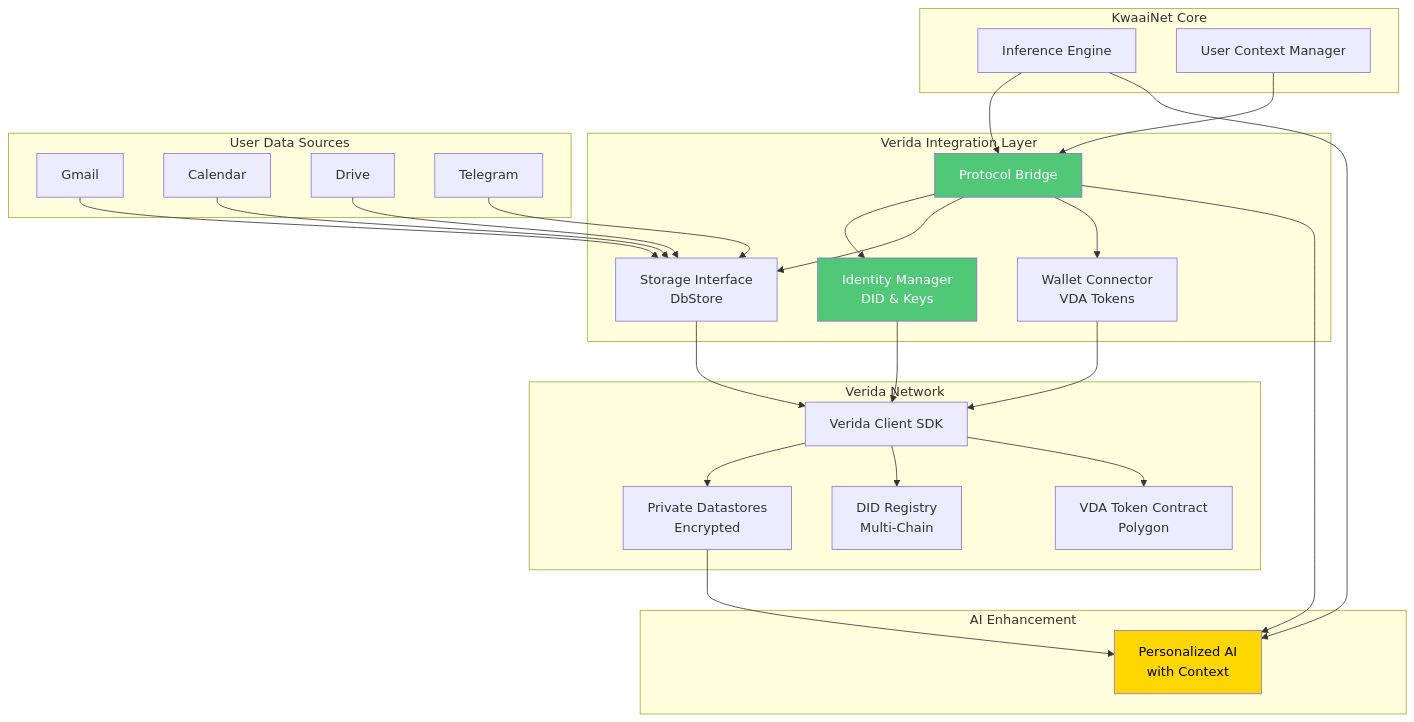
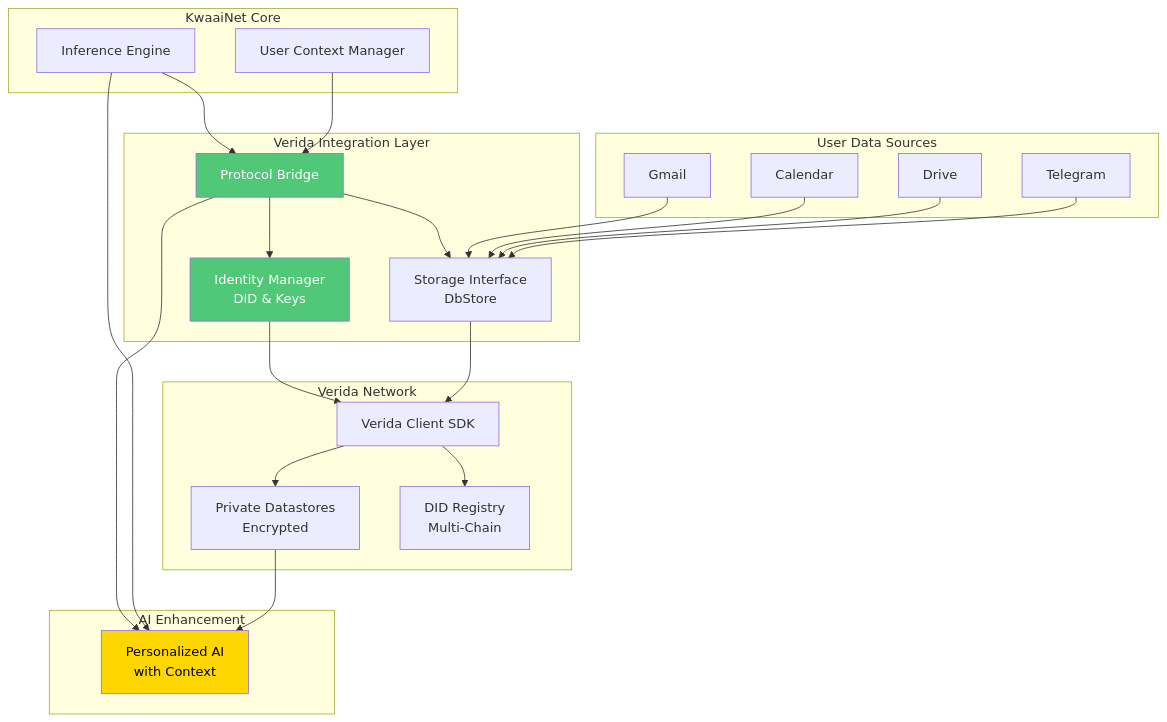
One commit to Kwaai-AI-Lab/KwaaiNet changed the fifth of 22 diagrams in docs/CHALLENGE_ARCHITECTURES.md. Above: the diagram before and after it, drawn with Mermaid. The commit also changed other lines of this file and 10 other files, not shown here.

````diff
--- a/docs/CHALLENGE_ARCHITECTURES.md
+++ b/docs/CHALLENGE_ARCHITECTURES.md
@@ -237,60 +235,55 @@
 ```mermaid
 graph TB
     subgraph "KwaaiNet Core"
         InferenceEngine[Inference Engine]
         UserContext[User Context Manager]
     end
 
     subgraph "Verida Integration Layer"
         Bridge[Protocol Bridge]
         IdentityMgr[Identity Manager<br/>DID & Keys]
         StorageIface[Storage Interface<br/>DbStore]
-        WalletConn[Wallet Connector<br/>VDA Tokens]
     end
 
     subgraph "Verida Network"
         VeridaClient[Verida Client SDK]
         Datastore[Private Datastores<br/>Encrypted]
         DIDRegistry[DID Registry<br/>Multi-Chain]
-        VDAContract[VDA Token Contract<br/>Polygon]
     end
 
     subgraph "User Data Sources"
         Gmail[Gmail]
         Calendar[Calendar]
         Drive[Drive]
         Telegram[Telegram]
     end
 
     subgraph "AI Enhancement"
         PersonalAI[Personalized AI<br/>with Context]
     end
 
     InferenceEngine --> Bridge
     UserContext --> Bridge
 
     Bridge --> IdentityMgr
     Bridge --> StorageIface
-    Bridge --> WalletConn
 
     IdentityMgr --> VeridaClient
     StorageIface --> VeridaClient
-    WalletConn --> VeridaClient
 
     VeridaClient --> Datastore
     VeridaClient --> DIDRegistry
-    VeridaClient --> VDAContract
 
     Gmail --> StorageIface
     Calendar --> StorageIface
     Drive --> StorageIface
     Telegram --> StorageIface
 
     Bridge --> PersonalAI
     InferenceEngine --> PersonalAI
     Datastore --> PersonalAI
 
     style Bridge fill:#50C878,color:#fff
     style IdentityMgr fill:#50C878,color:#fff
     style PersonalAI fill:#FFD700,color:#000
 ```
````
